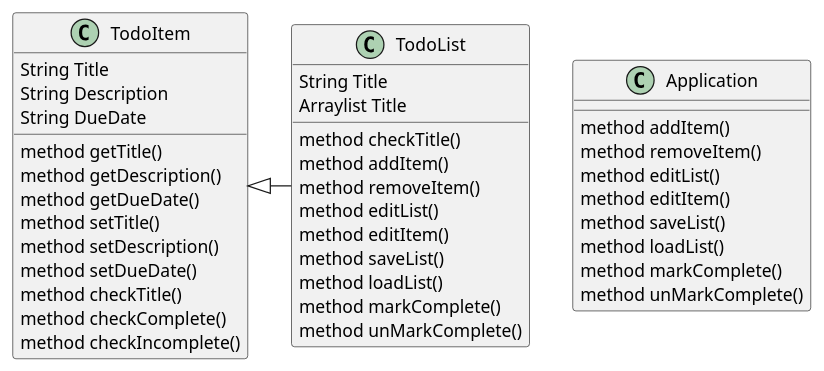
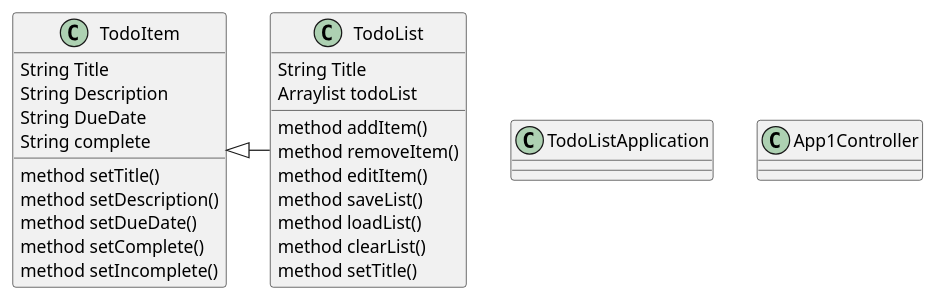
One commit to Nickel26/lopes-app1-imp changed the diagram in docs/AppUML.puml. Above: the diagram before and after it, drawn with PlantUML. The commit also changed 14 other files, not shown here.

```diff
--- a/docs/AppUML.puml
+++ b/docs/AppUML.puml
@@ -1,48 +1,39 @@
 @startuml
 'https://plantuml.com/class-diagram
 
-class Application{
+class TodoListApplication{
+}
+
+class App1Controller{
+}
+
+
+class TodoList{
+    String Title
+    Arraylist todoList
     method addItem()
     method removeItem()
-    method editList()
     method editItem()
     method saveList()
     method loadList()
-    method markComplete()
-    method unMarkComplete()
-}
-
-class TodoList{
-    String Title
-    Arraylist Title
-    method checkTitle()
-    method addItem()
-    method removeItem()
-    method editList()
-    method editItem()
-    method saveList()
-    method loadList()
-    method markComplete()
-    method unMarkComplete()
+    method clearList()
+    method setTitle()
 
 }
 
 class TodoItem{
     String Title
     String Description
     String DueDate
-    method getTitle()
-    method getDescription()
-    method getDueDate()
+    String complete
     method setTitle()
     method setDescription()
     method setDueDate()
-    method checkTitle()
-    method checkComplete()
-    method checkIncomplete()
+    method setComplete()
+    method setIncomplete()
 }
 
 TodoItem <|- TodoList
 
 
 @enduml
```
